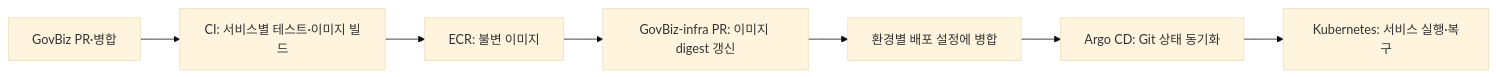
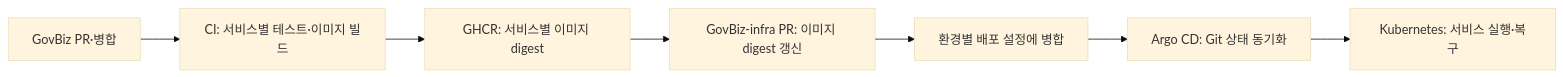
The diagram in docs/msa-kubernetes-argocd-plan.md (GovBiz-Team/GovBiz-infra), drawn with Mermaid (base theme) before and after one commit. The commit also changed other lines of this file and 10 other files, not shown here.

Commit message:
구성: GHCR 이미지 버전 선택과 레지스트리 참조 정비

````diff
--- a/docs/msa-kubernetes-argocd-plan.md
+++ b/docs/msa-kubernetes-argocd-plan.md
@@ -109,9 +110,9 @@
 ```mermaid
 flowchart LR
     A["GovBiz PR·병합"] --> B["CI: 서비스별 테스트·이미지 빌드"]
-    B --> C["ECR: 불변 이미지"]
+    B --> C["GHCR: 서비스별 이미지 digest"]
     C --> D["GovBiz-infra PR: 이미지 digest 갱신"]
     D --> E["환경별 배포 설정에 병합"]
     E --> F["Argo CD: Git 상태 동기화"]
     F --> G["Kubernetes: 서비스 실행·복구"]
 ```
````
